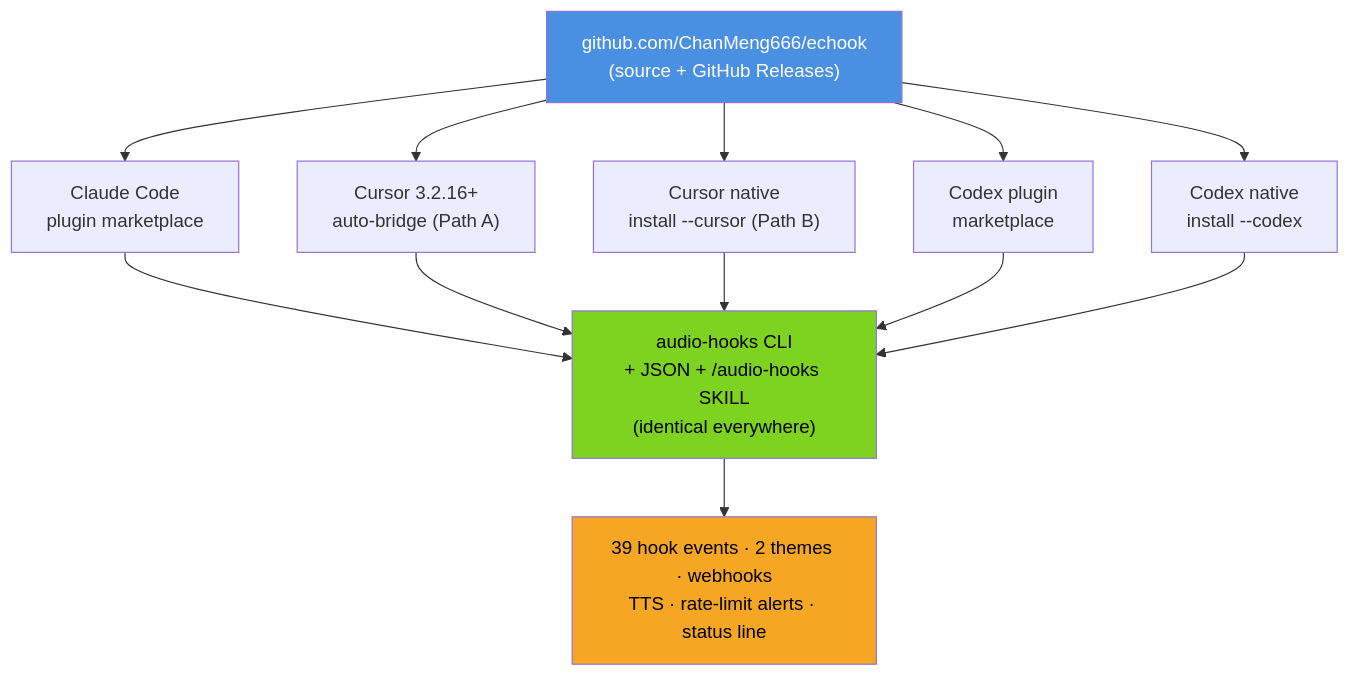
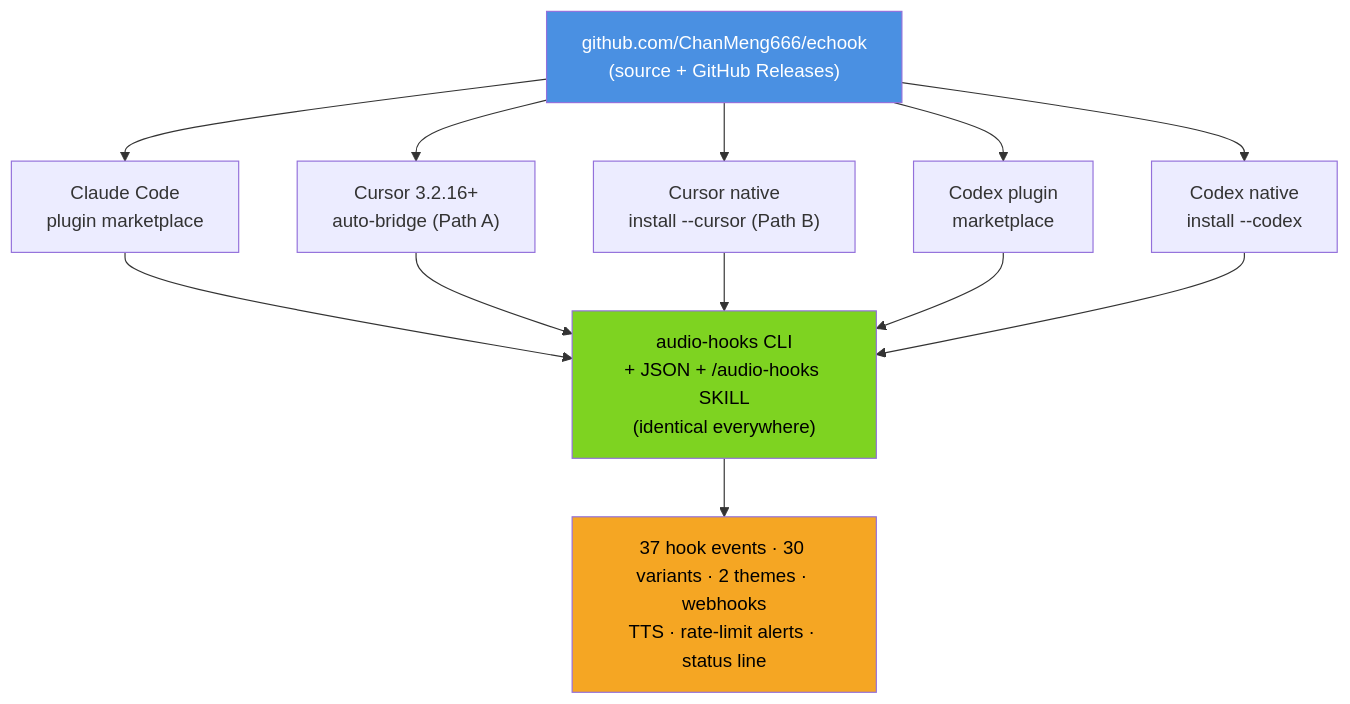
The first of 3 diagrams in README.md (ChanMeng666/echook), drawn with Mermaid before and after one commit. The commit also changed other lines of this file and 29 other files, not shown here.

````diff
--- a/README.md
+++ b/README.md
@@ -183,22 +183,22 @@
 ```mermaid
 flowchart TB
     REPO["github.com/ChanMeng666/echook<br/>(source + GitHub Releases)"]
 
     REPO --> CCP["Claude Code<br/>plugin marketplace"]
     REPO --> CURB["Cursor 3.2.16+<br/>auto-bridge (Path A)"]
     REPO --> CURN["Cursor native<br/>install --cursor (Path B)"]
     REPO --> CXP["Codex plugin<br/>marketplace"]
     REPO --> CXN["Codex native<br/>install --codex"]
 
     CCP --> CLI["audio-hooks CLI<br/>+ JSON + /audio-hooks SKILL<br/>(identical everywhere)"]
     CURB --> CLI
     CURN --> CLI
     CXP --> CLI
     CXN --> CLI
 
-    CLI --> OUT["39 hook events · 2 themes · webhooks<br/>TTS · rate-limit alerts · status line"]
+    CLI --> OUT["37 hook events · 30 variants · 2 themes · webhooks<br/>TTS · rate-limit alerts · status line"]
 
     style REPO fill:#4A90E2,color:#fff
     style CLI fill:#7ED321,color:#000
     style OUT fill:#F5A623,color:#000
 ```
````
